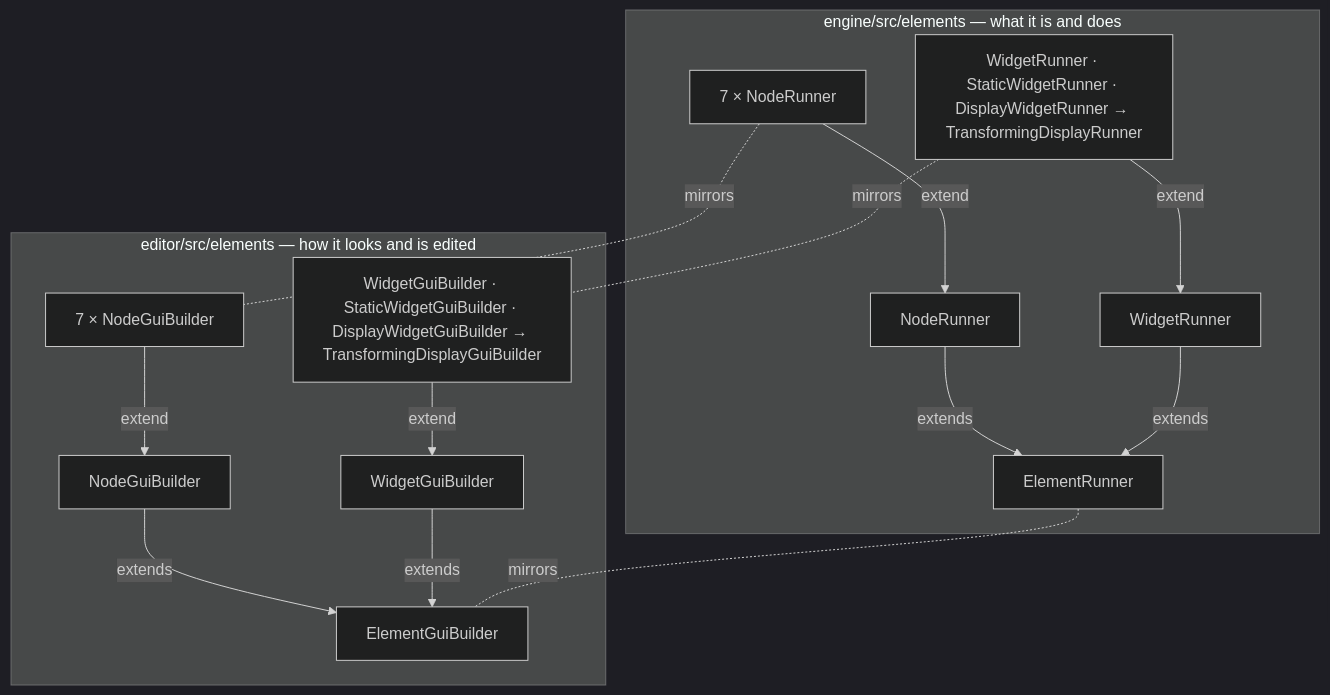
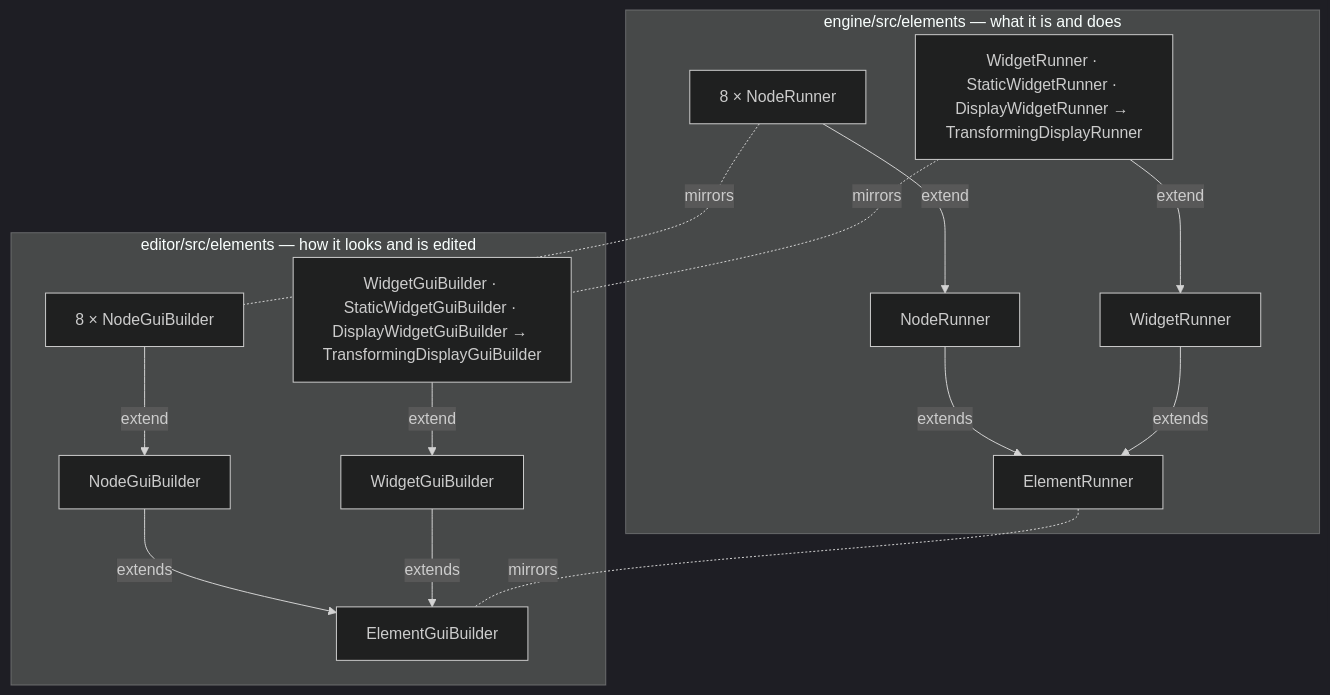
Before and after one commit to Archimedes79/AI_Graph: the second of 4 diagrams in arch/overview.md, drawn with Mermaid (dark theme). The commit also changed other lines of this file, not shown here.

Commit message:
docs: the diagram's own ids, and three facts it had outdated
The mermaid ids still said Uis. While in the table: there are eight node
types, not seven; `create` left NodeGuiBuilder for nodeKinds.ts and `View`
left WidgetGuiBuilder for page/blocks.ts, both in the three-roles split, and
the member lists had not followed.

````diff
--- a/arch/overview.md
+++ b/arch/overview.md
@@ -88,29 +88,29 @@
 ```mermaid
 flowchart TD
   subgraph engine["engine/src/elements — what it is and does"]
     ElementRunner["ElementRunner"]
     NodeRunner["NodeRunner"]
     WidgetRunner["WidgetRunner"]
-    Nodes["7 × <Kind>NodeRunner"]
+    Nodes["8 × <Kind>NodeRunner"]
     Widgets["<Kind>WidgetRunner · StaticWidgetRunner · DisplayWidgetRunner → TransformingDisplayRunner"]
   end
   subgraph editor["editor/src/elements — how it looks and is edited"]
     ElementGuiBuilder["ElementGuiBuilder"]
     NodeGuiBuilder["NodeGuiBuilder"]
     WidgetGuiBuilder["WidgetGuiBuilder"]
-    NodeUis["7 × <Kind>NodeGuiBuilder"]
-    WidgetUis["<Kind>WidgetGuiBuilder · StaticWidgetGuiBuilder · DisplayWidgetGuiBuilder → TransformingDisplayGuiBuilder"]
+    NodeBuilders["8 × <Kind>NodeGuiBuilder"]
+    WidgetBuilders["<Kind>WidgetGuiBuilder · StaticWidgetGuiBuilder · DisplayWidgetGuiBuilder → TransformingDisplayGuiBuilder"]
   end
 
   NodeRunner -- extends --> ElementRunner
   WidgetRunner -- extends --> ElementRunner
   Nodes -- extend --> NodeRunner
   Widgets -- extend --> WidgetRunner
   NodeGuiBuilder -- extends --> ElementGuiBuilder
   WidgetGuiBuilder -- extends --> ElementGuiBuilder
-  NodeUis -- extend --> NodeGuiBuilder
-  WidgetUis -- extend --> WidgetGuiBuilder
+  NodeBuilders -- extend --> NodeGuiBuilder
+  WidgetBuilders -- extend --> WidgetGuiBuilder
   ElementRunner -. mirrors .- ElementGuiBuilder
-  Nodes -. mirrors .- NodeUis
-  Widgets -. mirrors .- WidgetUis
+  Nodes -. mirrors .- NodeBuilders
+  Widgets -. mirrors .- WidgetBuilders
 ```
````
